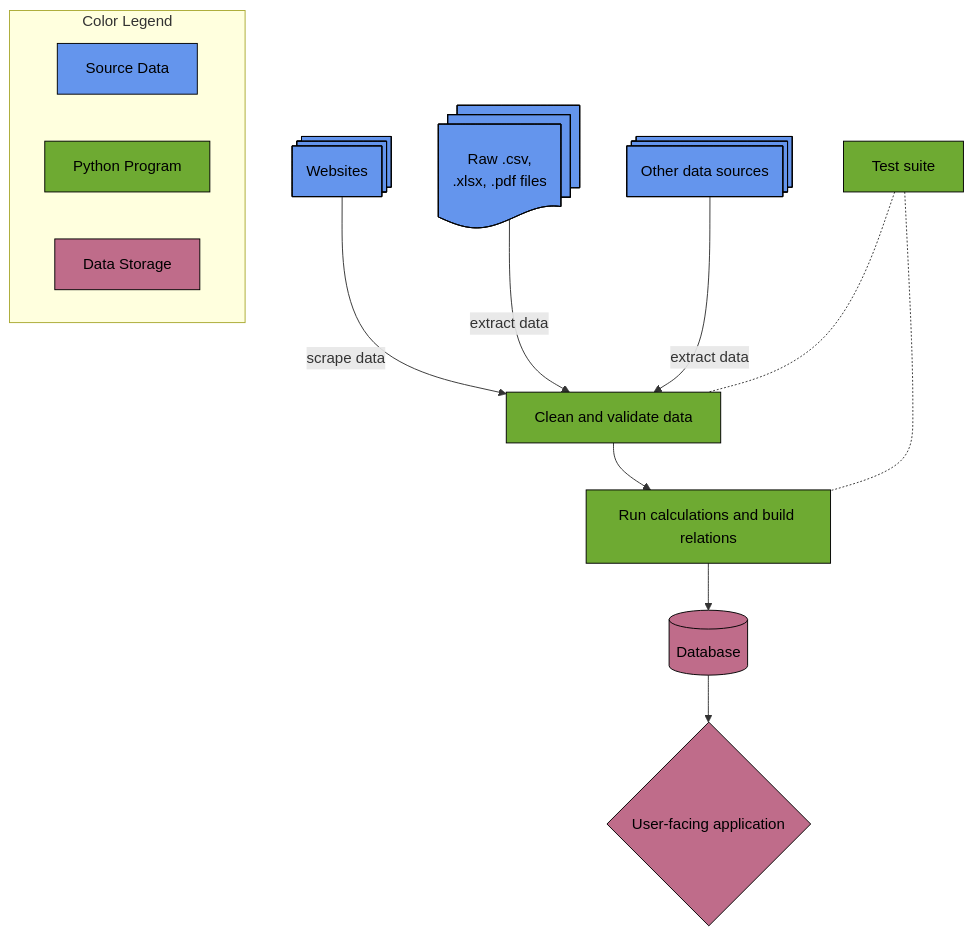
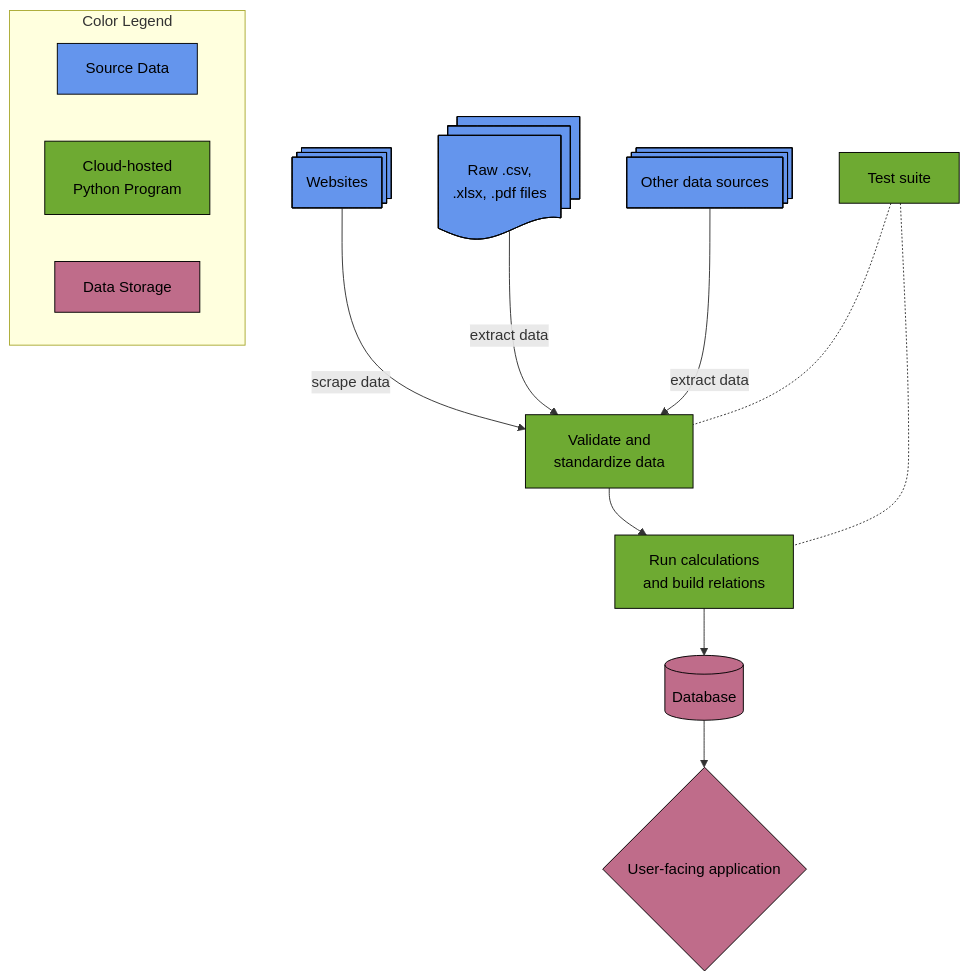
One commit to skvorekn/skvorekn changed the diagram in portfolio/diagrams/ML Pipeline.md. Above: the diagram before and after it, drawn with Mermaid.

Commit message:
docs: clearer wording

````diff
--- a/portfolio/diagrams/ML Pipeline.md
+++ b/portfolio/diagrams/ML Pipeline.md
@@ -1,26 +1,26 @@
 ```mermaid
 graph TD;
-    websites@{ shape: processes, label: "Websites"}-- scrape data -->processor[Clean and validate data]
+    websites@{ shape: processes, label: "Websites"}-- scrape data -->processor@{ shape: rect, label: "Validate and \nstandardize data"}
     files@{ shape: docs, label: "Raw .csv, \n.xlsx, .pdf files" }-- extract data -->processor
     source_x@{ shape: processes, label: "Other data sources"}-- extract data -->processor
-    processor-->calculator[Run calculations and build relations]
+    processor-->calculator@{ shape: rect, label: "Run calculations \nand build relations"}
     tester[Test suite]-.-processor
     tester-.-calculator
     calculator-->database[(Database)]-->app{User-facing application}
 
 
    subgraph legend [Color Legend]
        sourceLegend[Source Data]
-       programLegend[Python Program]
+       programLegend@{ shape: rect, label: "Cloud-hosted \nPython Program"}
        useLegend[Data Storage]
    end
 
    classDef sourceData fill:#6495ED,stroke:#000000,color:#000000;
    class sourceLegend,websites,files,source_x sourceData;
 
    classDef program fill:#6EAA32,stroke:#000000,color:#000000;
    class programLegend,processor,calculator,tester program;
 
    classDef use fill:#BF6C8A,stroke:#000000,color:#000000;
    class useLegend,database,app use;
 ```
````
